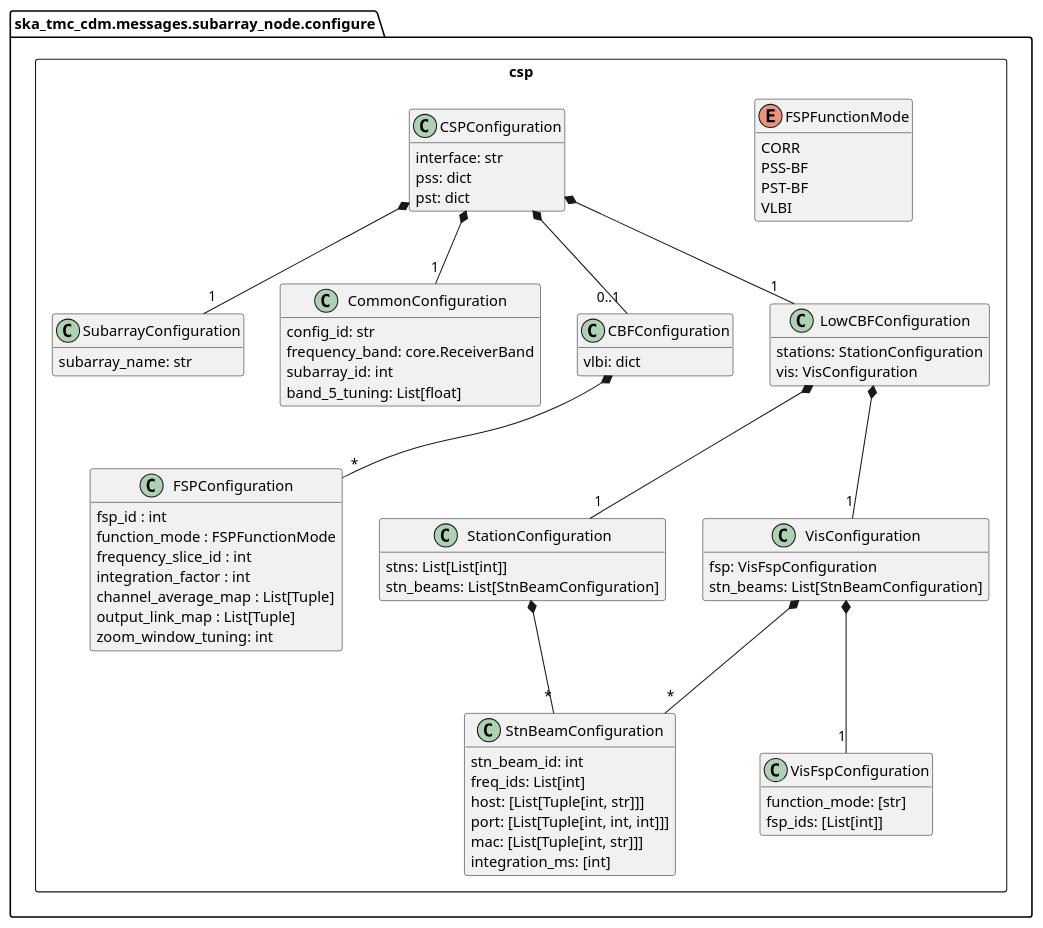
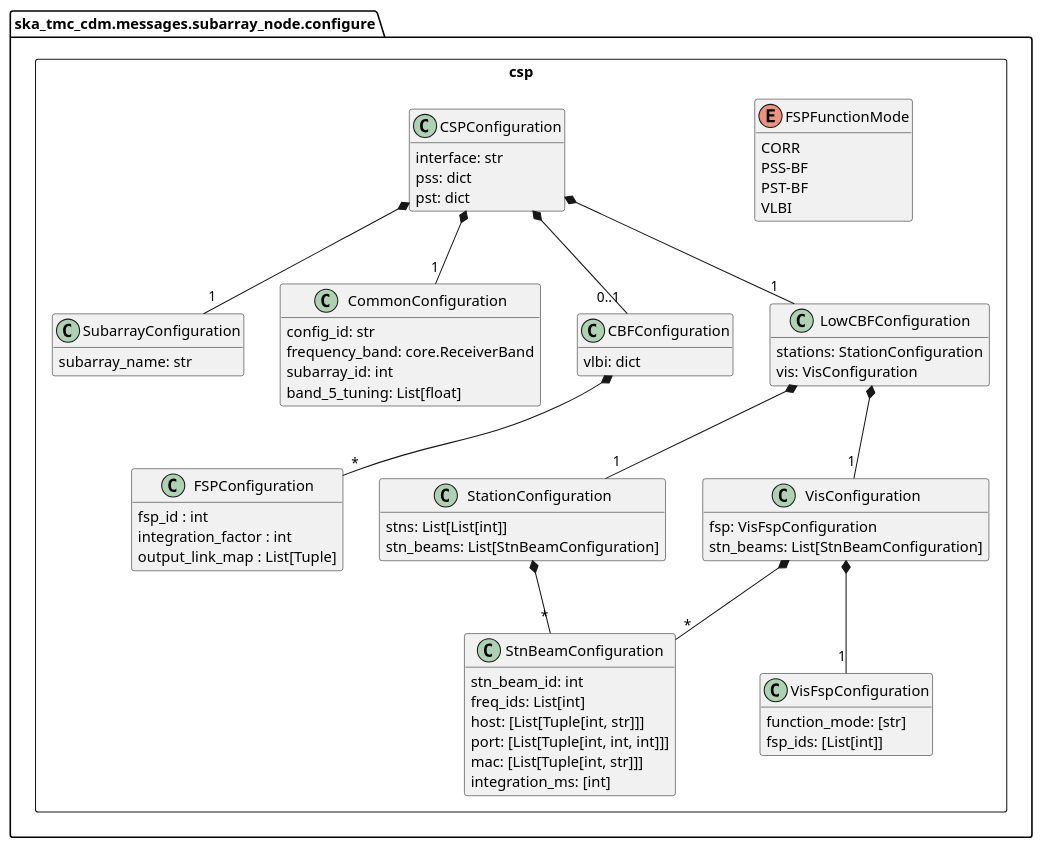
One commit to ska-telescope/cdm-shared-library changed the diagram in docs/src/developer/subarraynode/csp.puml. Above: the diagram before and after it, drawn with PlantUML. The commit also changed 7 other files, not shown here.

Commit message:
STAR-558: Removing use of frequency_slice_id, tests are unresolved

```diff
--- a/docs/src/developer/subarraynode/csp.puml
+++ b/docs/src/developer/subarraynode/csp.puml
@@ -1,93 +1,89 @@
 @startuml
 hide empty members
 
 ' Remove the following lines when VLBI, PSS and PST
 ' are added to CDM
 remove VLBIConfiguration
 remove PSTConfiguration
 remove PSSConfiguration
 
 set separator none 
 package ska_tmc_cdm.messages.subarray_node.configure {
 	package csp <<Rectangle>> {
 	    class SubarrayConfiguration {
 	        subarray_name: str
 	    }
 
 	    class CommonConfiguration {
 	        config_id: str
             frequency_band: core.ReceiverBand
             subarray_id: int
             band_5_tuning: List[float]
 	    }
 
 	    class CBFConfiguration {
             vlbi: dict
 	    }
 
 		enum FSPFunctionMode {
 			CORR
 			PSS-BF
 			PST-BF
 			VLBI
 		}
 
 		class FSPConfiguration {
 			fsp_id : int
-			function_mode : FSPFunctionMode
-			frequency_slice_id : int
 			integration_factor : int
-			channel_average_map : List[Tuple]
 			output_link_map : List[Tuple]
-			zoom_window_tuning: int
 		}
 
 		class CSPConfiguration {
 	        interface: str
 	        pss: dict
 	        pst: dict
 
 		}
 
 		class LowCBFConfiguration {
 			stations: StationConfiguration 
 			vis: VisConfiguration
 		}
 
 		class StationConfiguration {
 			stns: List[List[int]]
         	stn_beams: List[StnBeamConfiguration]
 		}
 		
 		class StnBeamConfiguration {
 			stn_beam_id: int
 			freq_ids: List[int]
 			host: [List[Tuple[int, str]]]
 			port: [List[Tuple[int, int, int]]]
 			mac: [List[Tuple[int, str]]]
 			integration_ms: [int]
 		}
 
 		class VisConfiguration {
 			fsp: VisFspConfiguration
 			stn_beams: List[StnBeamConfiguration]
 		}
 
 		class VisFspConfiguration {
 			function_mode: [str]
 			fsp_ids: [List[int]]
 		}
 
 		CBFConfiguration *-- "*" FSPConfiguration
 		CSPConfiguration *-- "1" CommonConfiguration
 		CSPConfiguration *-- "1" SubarrayConfiguration
 		CSPConfiguration *-- "0..1" CBFConfiguration
 		CSPConfiguration *-- "1" LowCBFConfiguration
 		LowCBFConfiguration *-- "1" StationConfiguration
 		LowCBFConfiguration *-- "1" VisConfiguration
 		VisConfiguration *-- "1" VisFspConfiguration
 		VisConfiguration *-- "*" StnBeamConfiguration
 		StationConfiguration *-- "*" StnBeamConfiguration
 	}	
 }
 @enduml
```
